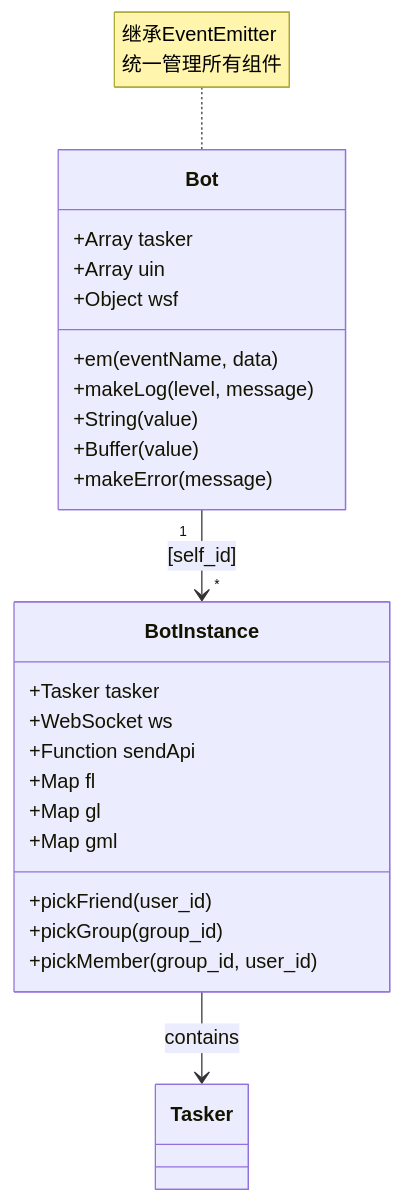
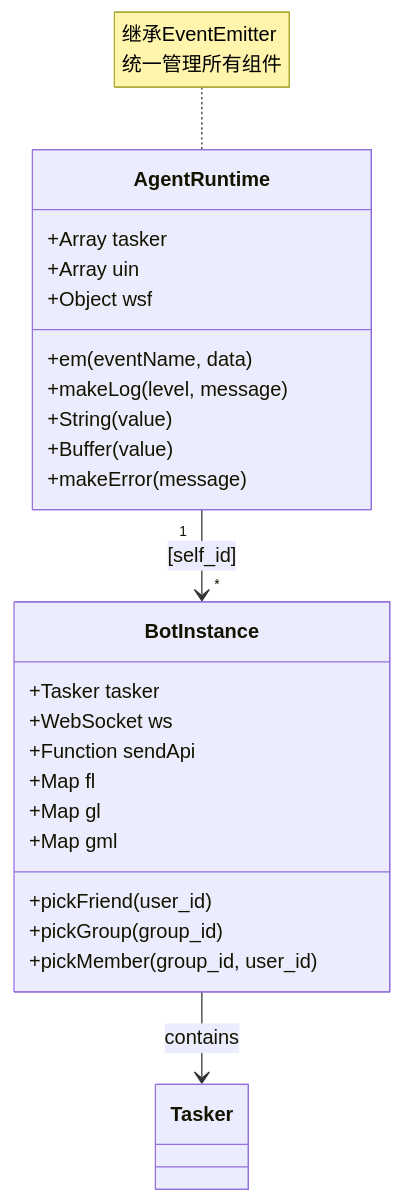
The first of 3 diagrams in docs/tasker-onebotv11.md (sunflowermm/XRK-AGT), drawn with Mermaid before and after one commit. The commit also changed other lines of this file and 315 other files, not shown here.

````diff
--- a/docs/tasker-onebotv11.md
+++ b/docs/tasker-onebotv11.md
@@ -44,30 +44,30 @@
 ```mermaid
 classDiagram
-    class Bot {
+    class AgentRuntime {
         +Array tasker
         +Array uin
         +Object wsf
         +em(eventName, data)
         +makeLog(level, message)
         +String(value)
         +Buffer(value)
         +makeError(message)
     }
     
     class BotInstance {
         +Tasker tasker
         +WebSocket ws
         +Function sendApi
         +pickFriend(user_id)
         +pickGroup(group_id)
         +pickMember(group_id, user_id)
         +Map fl
         +Map gl
         +Map gml
     }
     
-    Bot "1" --> "*" BotInstance : [self_id]
+    AgentRuntime "1" --> "*" BotInstance : [self_id]
     BotInstance --> Tasker : contains
     
-    note for Bot "继承EventEmitter<br/>统一管理所有组件"
+    note for AgentRuntime "继承EventEmitter<br/>统一管理所有组件"
 ```
````
